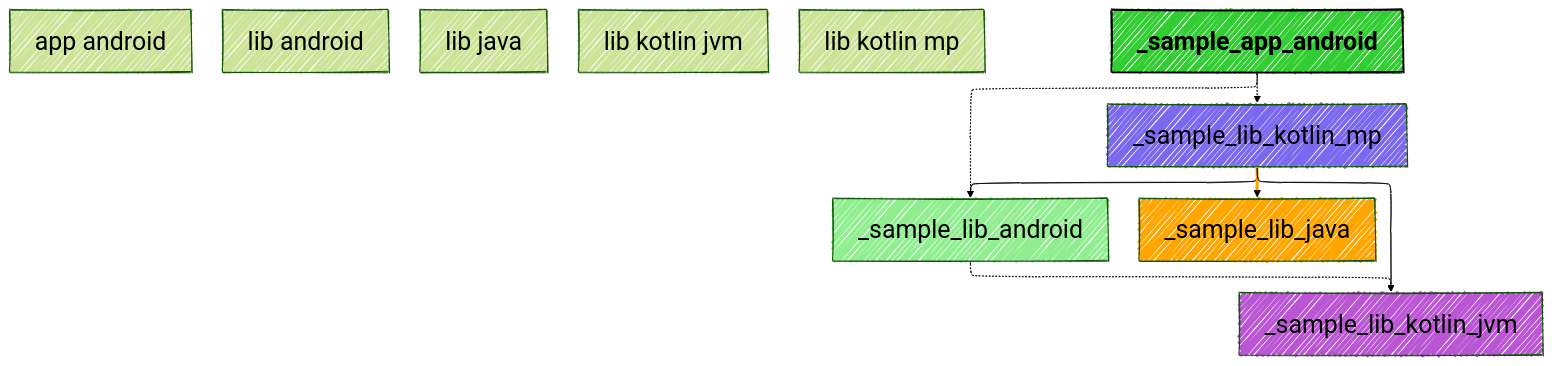
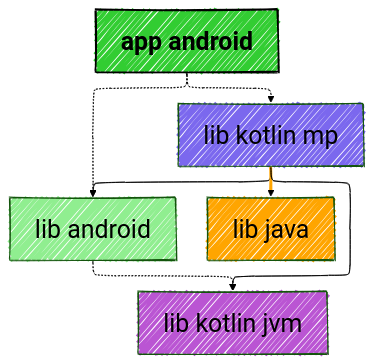
Before and after one commit to jonapoul/atlas: the diagram in samples/sample-mermaid/sample-app-android/modular/chart.mmd, drawn with Mermaid. The commit also changed 17 other files, not shown here.

Commit message:
Fix mermaid writer

```diff
--- a/samples/sample-mermaid/sample-app-android/modular/chart.mmd
+++ b/samples/sample-mermaid/sample-app-android/modular/chart.mmd
@@ -1,39 +1,39 @@
 ---
 config:
   layout: elk
   look: handDrawn
   theme: forest
   elk:
     mergeEdges: true
     forceNodeModelOrder: true
     nodePlacementStrategy: LINEAR_SEGMENTS
     cycleBreakingStrategy: INTERACTIVE
     considerModelOrder: PREFER_EDGES
   themeVariables:
     background: #FFF
     fontFamily: arial
     lineColor: #55FF55
     primaryBorderColor: #FF5555
     primaryColor: #ABC123
     darkMode: true
     fontSize: 30px
     defaultLinkColor: #5555FF
 ---
 graph TD
   app_android["app android"]
   lib_android["lib android"]
   lib_java["lib java"]
   lib_kotlin_jvm["lib kotlin jvm"]
   lib_kotlin_mp["lib kotlin mp"]
-  style _sample_app_android fill:limegreen,color:black,font-weight:bold,stroke:black,stroke-width:2px
-  style _sample_lib_android fill:lightgreen,color:black
-  style _sample_lib_java fill:orange,color:black
-  style _sample_lib_kotlin_jvm fill:mediumorchid,color:black
-  style _sample_lib_kotlin_mp fill:mediumslateblue,color:black
-  _sample_app_android -.-> _sample_lib_android
-  _sample_app_android -.-> _sample_lib_kotlin_mp
-  _sample_lib_android -.-> _sample_lib_kotlin_jvm
-  _sample_lib_kotlin_mp --> _sample_lib_android
-  _sample_lib_kotlin_mp ==> _sample_lib_java
+  style app_android fill:limegreen,color:black,font-weight:bold,stroke:black,stroke-width:2px
+  style lib_android fill:lightgreen,color:black
+  style lib_java fill:orange,color:black
+  style lib_kotlin_jvm fill:mediumorchid,color:black
+  style lib_kotlin_mp fill:mediumslateblue,color:black
+  app_android -.-> lib_android
+  app_android -.-> lib_kotlin_mp
+  lib_android -.-> lib_kotlin_jvm
+  lib_kotlin_mp --> lib_android
+  lib_kotlin_mp ==> lib_java
   linkStyle 4 stroke:orange
-  _sample_lib_kotlin_mp --> _sample_lib_kotlin_jvm
+  lib_kotlin_mp --> lib_kotlin_jvm
```
